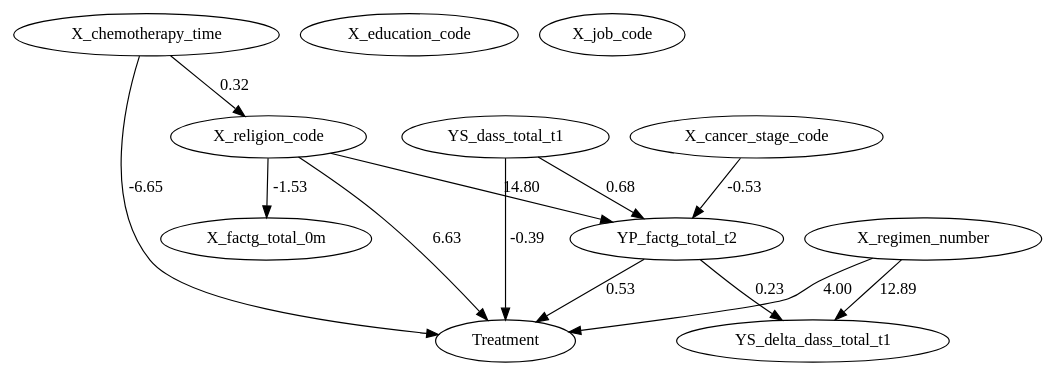
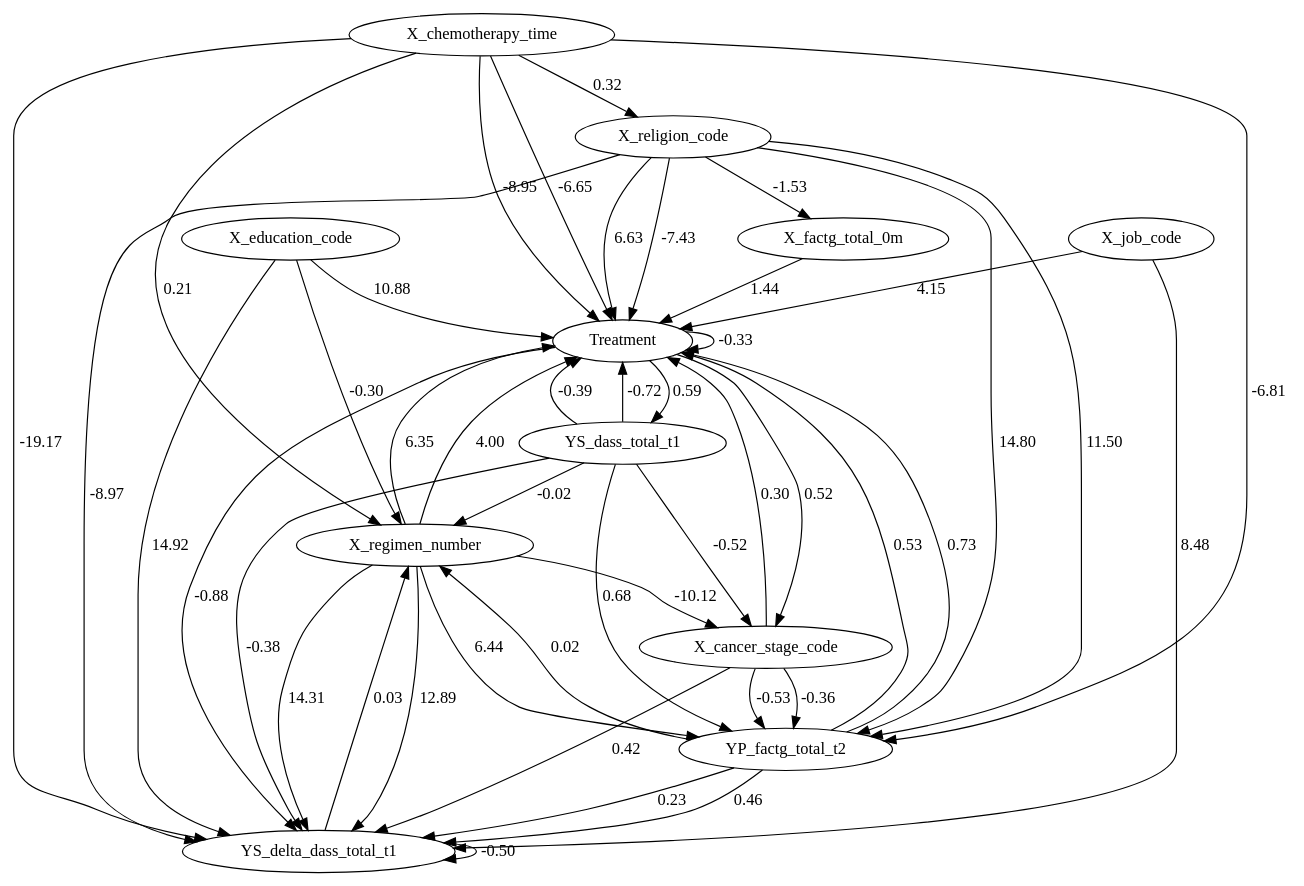
The diagram in trial116.csv_causal_graph.dot (EduardoBirchal/causal-discovery-clinical-trials), drawn with Graphviz before and after one commit. The commit also changed 4 other files, not shown here.

```diff
--- a/trial116.csv_causal_graph.dot
+++ b/trial116.csv_causal_graph.dot
@@ -1,28 +1,72 @@
 digraph {
+	Treatment
+	YP_factg_total_t2
+	YS_dass_total_t1
+	YS_delta_dass_total_t1
+	X_factg_total_0m
+	X_education_code
+	X_religion_code
+	X_job_code
+	X_cancer_stage_code
+	X_chemotherapy_time
+	X_regimen_number
 	Treatment
 	YP_factg_total_t2
 	YS_dass_total_t1
 	YS_delta_dass_total_t1
 	X_factg_total_0m
 	X_education_code
 	X_religion_code
 	X_job_code
 	X_cancer_stage_code
 	X_chemotherapy_time
 	X_regimen_number
 	YP_factg_total_t2 -> Treatment [label=0.53]
 	YS_dass_total_t1 -> Treatment [label=-0.39]
 	X_religion_code -> Treatment [label=6.63]
 	X_chemotherapy_time -> Treatment [label=-6.65]
 	X_regimen_number -> Treatment [label=4.00]
+	Treatment -> Treatment [label=-0.33]
+	YP_factg_total_t2 -> Treatment [label=0.73]
+	YS_dass_total_t1 -> Treatment [label=-0.72]
+	X_factg_total_0m -> Treatment [label=1.44]
+	X_education_code -> Treatment [label=10.88]
+	X_religion_code -> Treatment [label=-7.43]
+	X_job_code -> Treatment [label=4.15]
+	X_cancer_stage_code -> Treatment [label=0.30]
+	X_chemotherapy_time -> Treatment [label=-8.95]
+	X_regimen_number -> Treatment [label=6.35]
 	YS_dass_total_t1 -> YP_factg_total_t2 [label=0.68]
 	X_religion_code -> YP_factg_total_t2 [label=14.80]
 	X_cancer_stage_code -> YP_factg_total_t2 [label=-0.53]
+	X_religion_code -> YP_factg_total_t2 [label=11.50]
+	X_cancer_stage_code -> YP_factg_total_t2 [label=-0.36]
+	X_chemotherapy_time -> YP_factg_total_t2 [label=-6.81]
+	X_regimen_number -> YP_factg_total_t2 [label=6.44]
+	Treatment -> YS_dass_total_t1 [label=0.59]
 	YP_factg_total_t2 -> YS_delta_dass_total_t1 [label=0.23]
 	X_regimen_number -> YS_delta_dass_total_t1 [label=12.89]
+	Treatment -> YS_delta_dass_total_t1 [label=-0.88]
+	YP_factg_total_t2 -> YS_delta_dass_total_t1 [label=0.46]
+	YS_dass_total_t1 -> YS_delta_dass_total_t1 [label=-0.38]
+	YS_delta_dass_total_t1 -> YS_delta_dass_total_t1 [label=-0.50]
+	X_education_code -> YS_delta_dass_total_t1 [label=14.92]
+	X_religion_code -> YS_delta_dass_total_t1 [label=-8.97]
+	X_job_code -> YS_delta_dass_total_t1 [label=8.48]
+	X_cancer_stage_code -> YS_delta_dass_total_t1 [label=0.42]
+	X_chemotherapy_time -> YS_delta_dass_total_t1 [label=-19.17]
+	X_regimen_number -> YS_delta_dass_total_t1 [label=14.31]
 	X_religion_code -> X_factg_total_0m [label=-1.53]
 	X_chemotherapy_time -> X_religion_code [label=0.32]
+	Treatment -> X_cancer_stage_code [label=0.52]
+	YS_dass_total_t1 -> X_cancer_stage_code [label=-0.52]
+	X_regimen_number -> X_cancer_stage_code [label=-10.12]
+	YP_factg_total_t2 -> X_regimen_number [label=0.02]
+	YS_dass_total_t1 -> X_regimen_number [label=-0.02]
+	YS_delta_dass_total_t1 -> X_regimen_number [label=0.03]
+	X_education_code -> X_regimen_number [label=-0.30]
+	X_chemotherapy_time -> X_regimen_number [label=0.21]
 	{
 		rank=same
 	}
 }
```
